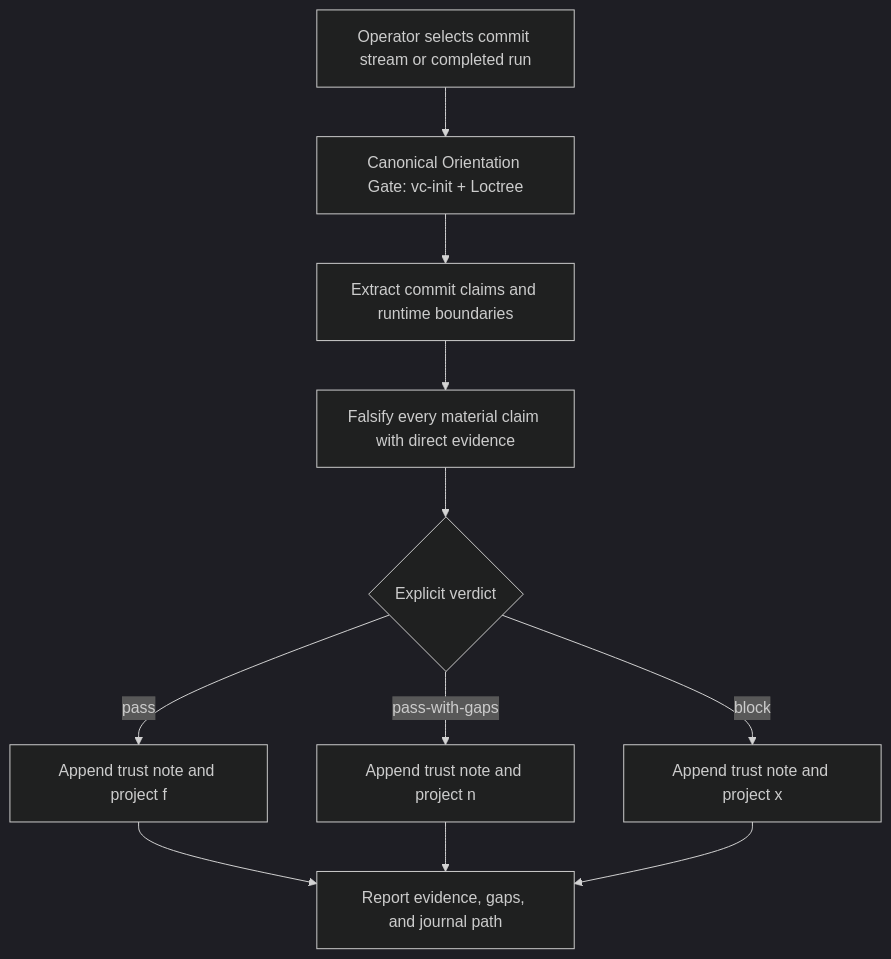
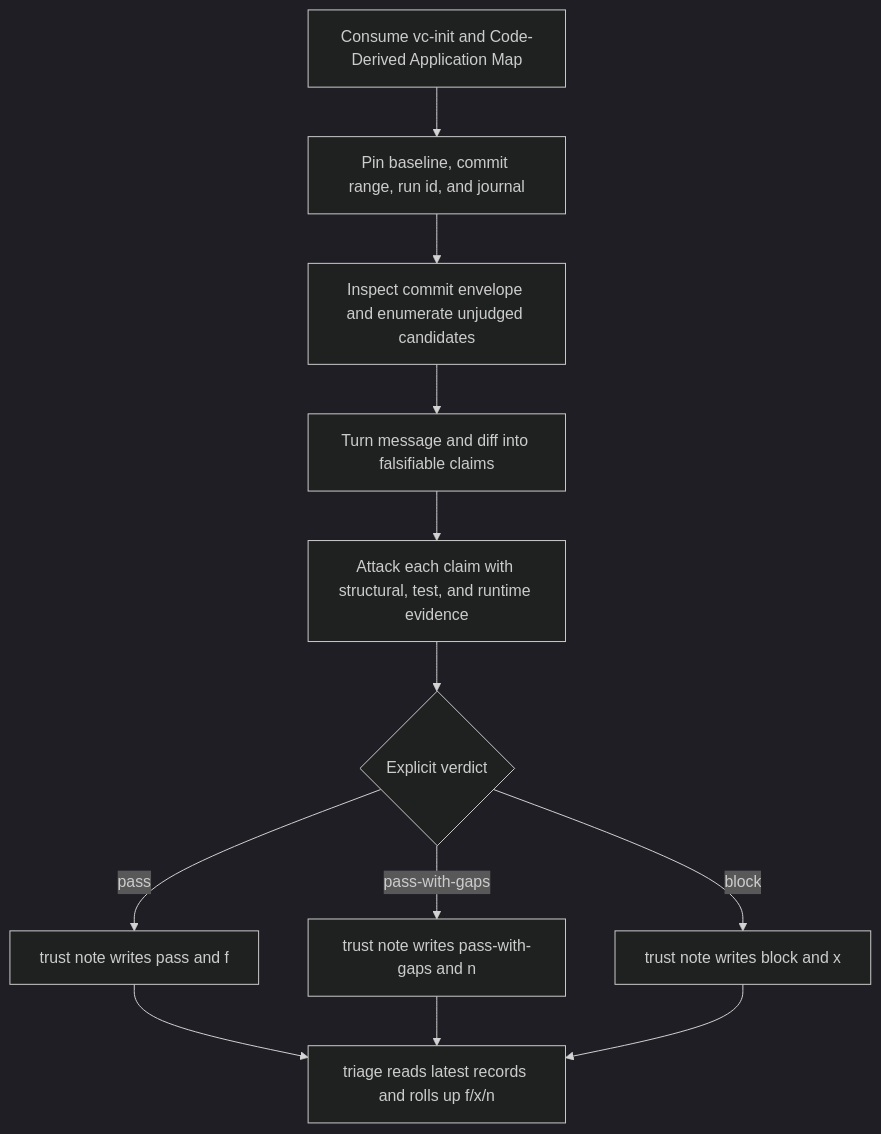
One commit to VetCoders/vibecrafted changed the diagram in vibecrafted-core/vibecrafted_core/skills/vc-trust/FLOW.md. Above: the diagram before and after it, drawn with Mermaid (dark theme). The commit also changed other lines of this file and 100 other files, not shown here.

````diff
--- a/vibecrafted-core/vibecrafted_core/skills/vc-trust/FLOW.md
+++ b/vibecrafted-core/vibecrafted_core/skills/vc-trust/FLOW.md
@@ -5,13 +8,14 @@
 ```mermaid
 flowchart TD
-    A[Operator selects commit stream or completed run] --> B[Canonical Orientation Gate: vc-init + Loctree]
-    B --> C[Extract commit claims and runtime boundaries]
-    C --> D[Falsify every material claim with direct evidence]
-    D --> E{Explicit verdict}
-    E -->|pass| F[Append trust note and project f]
-    E -->|pass-with-gaps| G[Append trust note and project n]
-    E -->|block| H[Append trust note and project x]
-    F --> I[Report evidence, gaps, and journal path]
-    G --> I
-    H --> I
+    A[Consume vc-init and Code-Derived Application Map] --> B[Pin baseline, commit range, run id, and journal]
+    B --> C[Inspect commit envelope and enumerate unjudged candidates]
+    C --> D[Turn message and diff into falsifiable claims]
+    D --> E[Attack each claim with structural, test, and runtime evidence]
+    E --> F{Explicit verdict}
+    F -->|pass| G[trust note writes pass and f]
+    F -->|pass-with-gaps| H[trust note writes pass-with-gaps and n]
+    F -->|block| I[trust note writes block and x]
+    G --> J[triage reads latest records and rolls up f/x/n]
+    H --> J
+    I --> J
 ```
````
